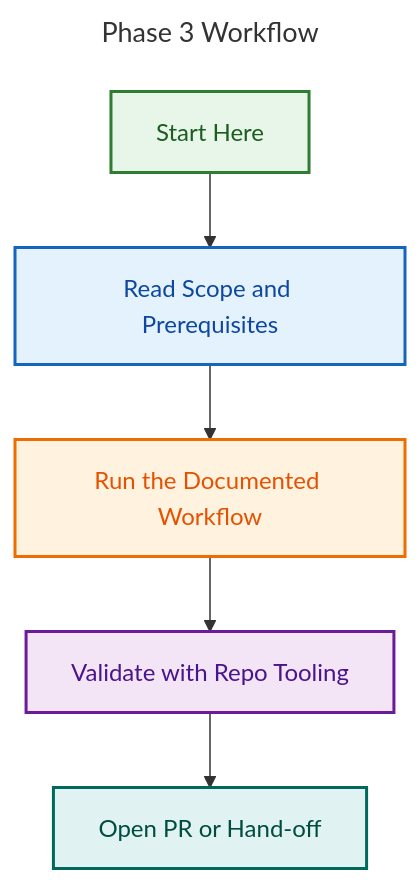
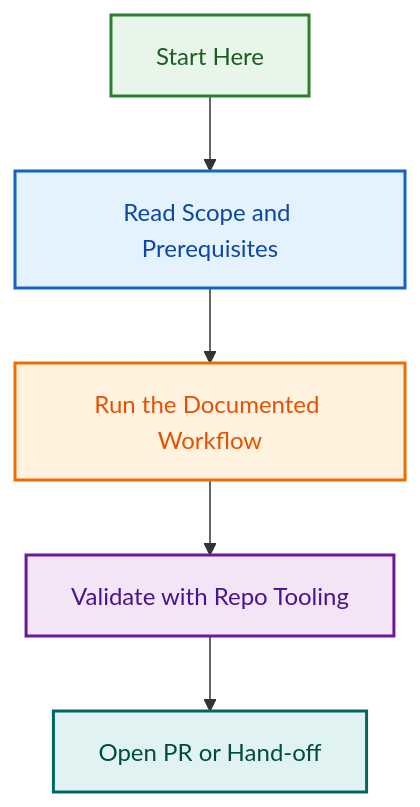
The diagram in .github/projects/active/metrics-agent-phase-3-production-2026-08-26/README.md (lightspeedwp/.github), drawn with Mermaid before and after one commit.

Commit message:
fix: Mermaid diagram accessibility — use inline accTitle/accDescr instead of YAML front-matter
GitHub's Mermaid renderer does not support YAML front-matter (---)
syntax. The accessibility validation requires accTitle and accDescr
to be declared inline after the diagram type declaration.

Fixes validation error in PR #2218.

Claude-Session: https://claude.ai/code/session_01Dyn9ZjzT5kcgTuD8LmuUak

````diff
--- a/.github/projects/active/metrics-agent-phase-3-production-2026-08-26/README.md
+++ b/.github/projects/active/metrics-agent-phase-3-production-2026-08-26/README.md
@@ -189,22 +189,22 @@
 ```mermaid
----
-title: Phase 3 Workflow
----
 flowchart TD
+  accTitle: Phase 3 Workflow
+  accDescr: Phase 3 workflow showing the path from project start through planning, implementation, validation, and completion
+  
   A[Start Here] --> B[Read Scope and Prerequisites]
   B --> C[Run the Documented Workflow]
   C --> D[Validate with Repo Tooling]
   D --> E[Open PR or Hand-off]
 
   classDef start fill:#E8F5E9,stroke:#2E7D32,stroke-width:2px,color:#1B5E20;
   classDef prep fill:#E3F2FD,stroke:#1565C0,stroke-width:2px,color:#0D47A1;
   classDef run fill:#FFF3E0,stroke:#EF6C00,stroke-width:2px,color:#E65100;
   classDef gate fill:#F3E5F5,stroke:#6A1B9A,stroke-width:2px,color:#4A148C;
   classDef done fill:#E0F2F1,stroke:#00695C,stroke-width:2px,color:#004D40;
 
   class A start;
   class B prep;
   class C run;
   class D gate;
   class E done;
 ```
````
